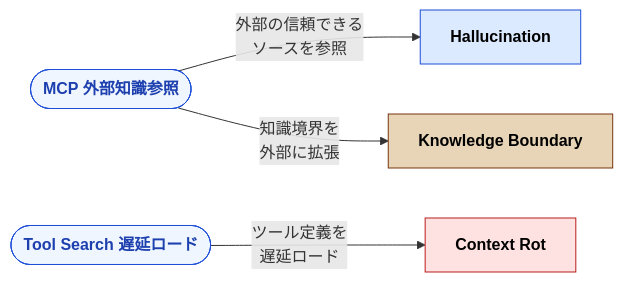
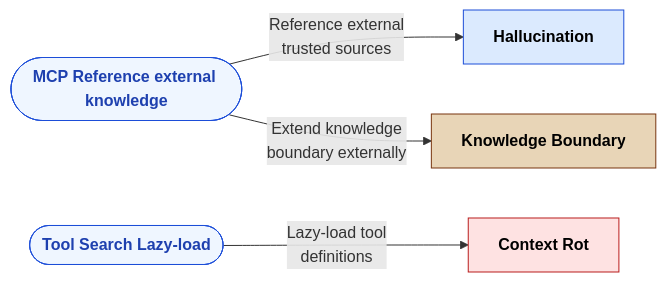
The sixth of 7 diagrams in docs/appendix/problem-countermeasure-map.md (shuji-bonji/understanding-llm-through-claude-code), drawn with Mermaid before and after one commit. The commit also changed other lines of this file and 100 other files, not shown here.

````diff
--- a/docs/appendix/problem-countermeasure-map.md
+++ b/docs/appendix/problem-countermeasure-map.md
@@ -261,22 +263,22 @@
 ```mermaid
 graph LR
-    MCP(["MCP 外部知識参照"])
-    TS(["Tool Search 遅延ロード"])
+    MCP(["MCP Reference external knowledge"])
+    TS(["Tool Search Lazy-load"])
 
     CR["Context Rot"]
     HL["Hallucination"]
     KB["Knowledge Boundary"]
 
-    MCP -->|"外部の信頼できる<br/>ソースを参照"| HL
-    MCP -->|"知識境界を<br/>外部に拡張"| KB
-    TS -->|"ツール定義を<br/>遅延ロード"| CR
+    MCP -->|"Reference external<br/>trusted sources"| HL
+    MCP -->|"Extend knowledge<br/>boundary externally"| KB
+    TS -->|"Lazy-load tool<br/>definitions"| CR
 
     classDef countermeasure fill:#eff6ff,stroke:#1d4ed8,color:#1e40af,font-weight:bold
     classDef cr fill:#fee2e2,stroke:#b91c1c,color:#000,font-weight:bold
     classDef hl fill:#dbeafe,stroke:#1d4ed8,color:#000,font-weight:bold
     classDef kb fill:#e8d5b7,stroke:#78350f,color:#000,font-weight:bold
     class MCP,TS countermeasure
     class CR cr
     class HL hl
     class KB kb
 ```
````
